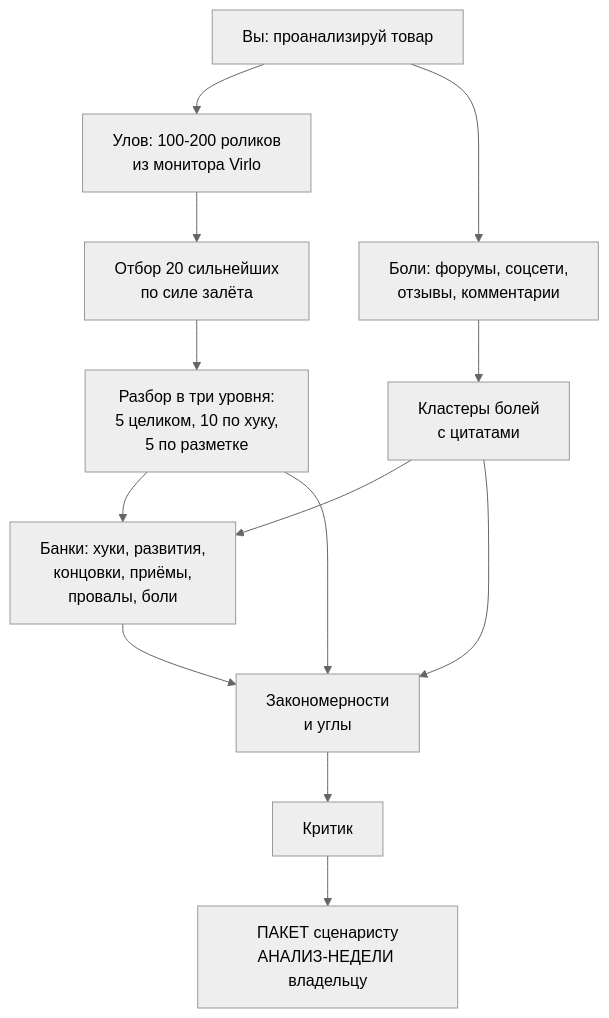
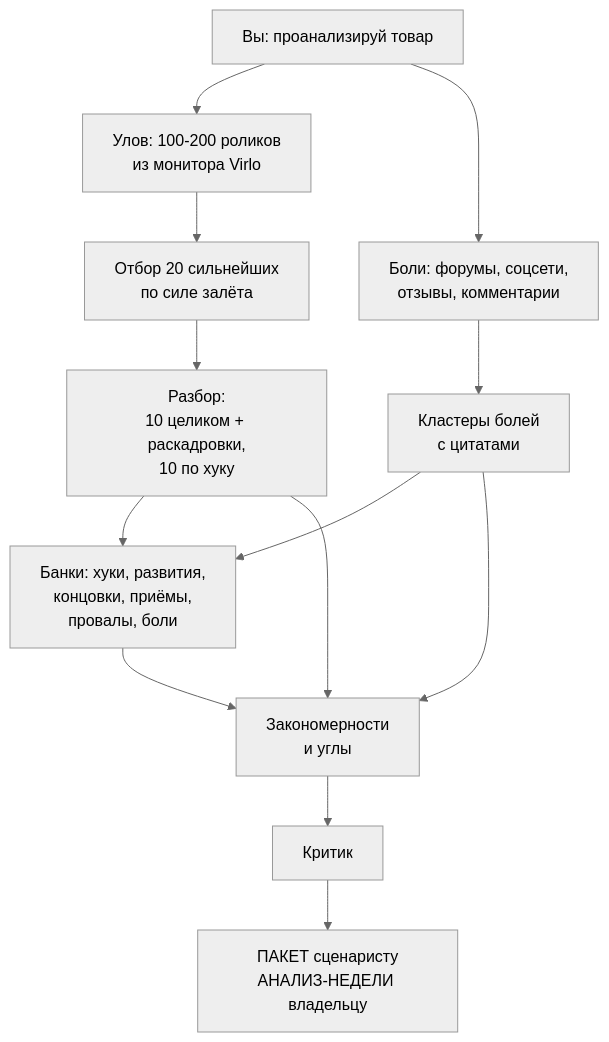
One commit to Gor1x1/trend-analysis changed the diagram in README.md. Above: the diagram before and after it, drawn with Mermaid (neutral theme). The commit also changed other lines of this file and 5 other files, not shown here.

````diff
--- a/README.md
+++ b/README.md
@@ -30,15 +30,15 @@
 ```mermaid
 flowchart TD
     A["Вы: проанализируй товар"] --> B["Улов: 100-200 роликов<br/>из монитора Virlo"]
     A --> C["Боли: форумы, соцсети,<br/>отзывы, комментарии"]
     B --> D["Отбор 20 сильнейших<br/>по силе залёта"]
-    D --> E["Разбор в три уровня:<br/>5 целиком, 10 по хуку,<br/>5 по разметке"]
+    D --> E["Разбор:<br/>10 целиком + раскадровки,<br/>10 по хуку"]
     C --> F["Кластеры болей<br/>с цитатами"]
     F --> G
     E --> G["Банки: хуки, развития,<br/>концовки, приёмы,<br/>провалы, боли"]
     E --> H["Закономерности<br/>и углы"]
     F --> H
     G --> H
     H --> I["Критик"]
     I --> J["ПАКЕТ сценаристу<br/>АНАЛИЗ-НЕДЕЛИ владельцу"]
 ```
````
